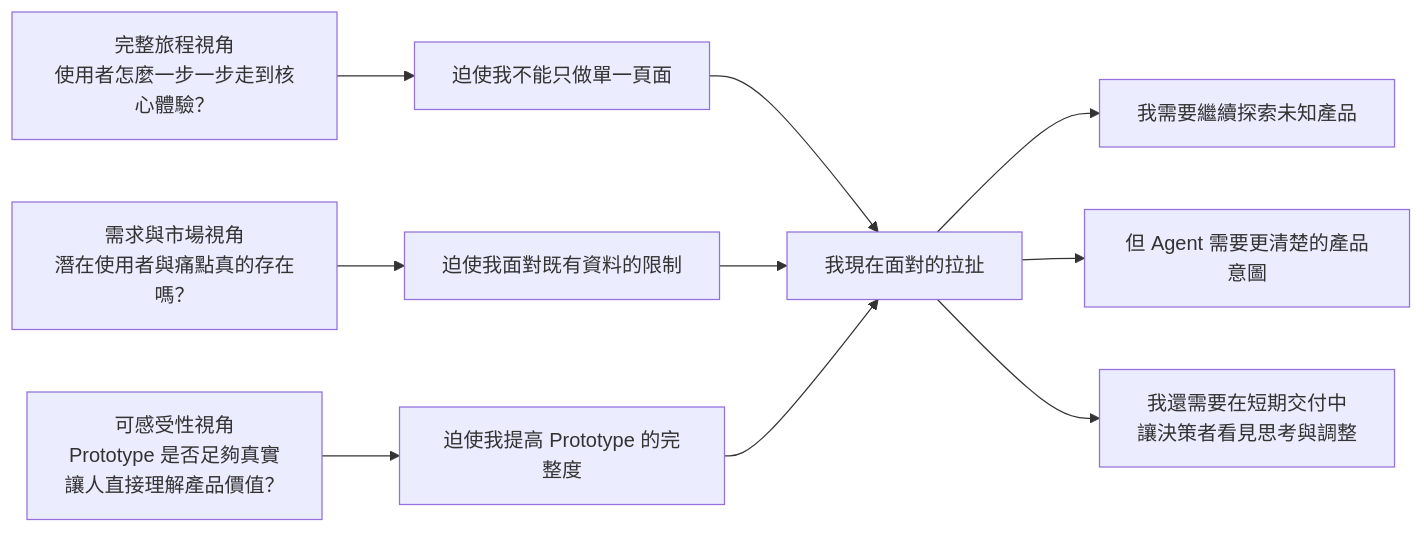
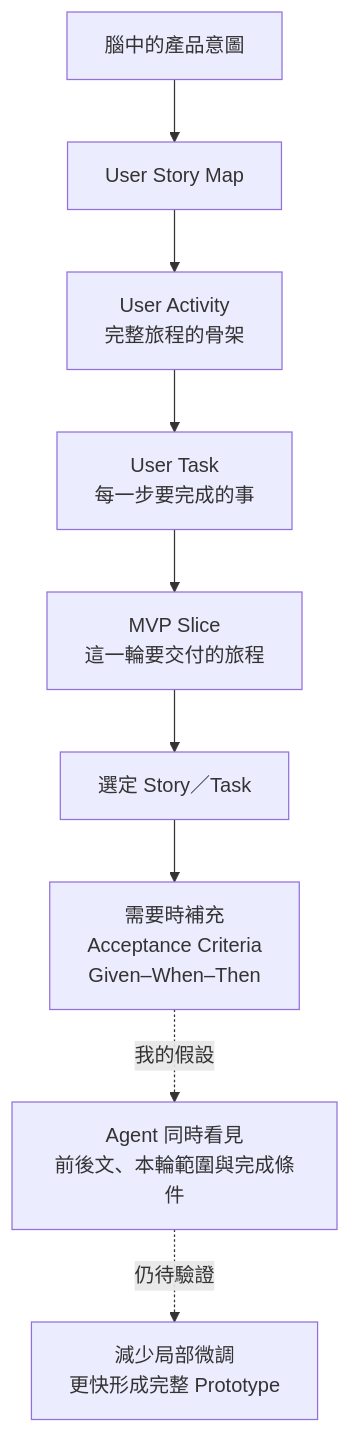
Before and after one commit to WilliamCHIU-ETH/3week-mental-map: the second of 2 diagrams in README.md, drawn with Mermaid. The commit also changed other lines of this file, not shown here.

Commit message:
Shift mental map to text-first narrative

````diff
--- a/README.md
+++ b/README.md
@@ -68,14 +116,11 @@
 ```mermaid
-flowchart LR
-    A["完整旅程視角<br/>使用者怎麼一步一步走到核心體驗？"] --> D["迫使我不能只做單一頁面"]
-    B["需求與市場視角<br/>潛在使用者與痛點真的存在嗎？"] --> E["迫使我面對既有資料的限制"]
-    C["可感受性視角<br/>Prototype 是否足夠真實<br/>讓人直接理解產品價值？"] --> F["迫使我提高 Prototype 的完整度"]
-
-    D --> G["我現在面對的拉扯"]
-    E --> G
-    F --> G
-
-    G --> H["我需要繼續探索未知產品"]
-    G --> I["但 Agent 需要更清楚的產品意圖"]
-    G --> J["我還需要在短期交付中<br/>讓決策者看見思考與調整"]
+flowchart TB
+    A["腦中的產品意圖"] --> B["User Story Map"]
+    B --> C["User Activity<br/>完整旅程的骨架"]
+    C --> D["User Task<br/>每一步要完成的事"]
+    D --> E["MVP Slice<br/>這一輪要交付的旅程"]
+    E --> F["選定 Story／Task"]
+    F --> G["需要時補充<br/>Acceptance Criteria<br/>Given–When–Then"]
+    G -.我的假設.-> H["Agent 同時看見<br/>前後文、本輪範圍與完成條件"]
+    H -.仍待驗證.-> I["減少局部微調<br/>更快形成完整 Prototype"]
 ```
````
